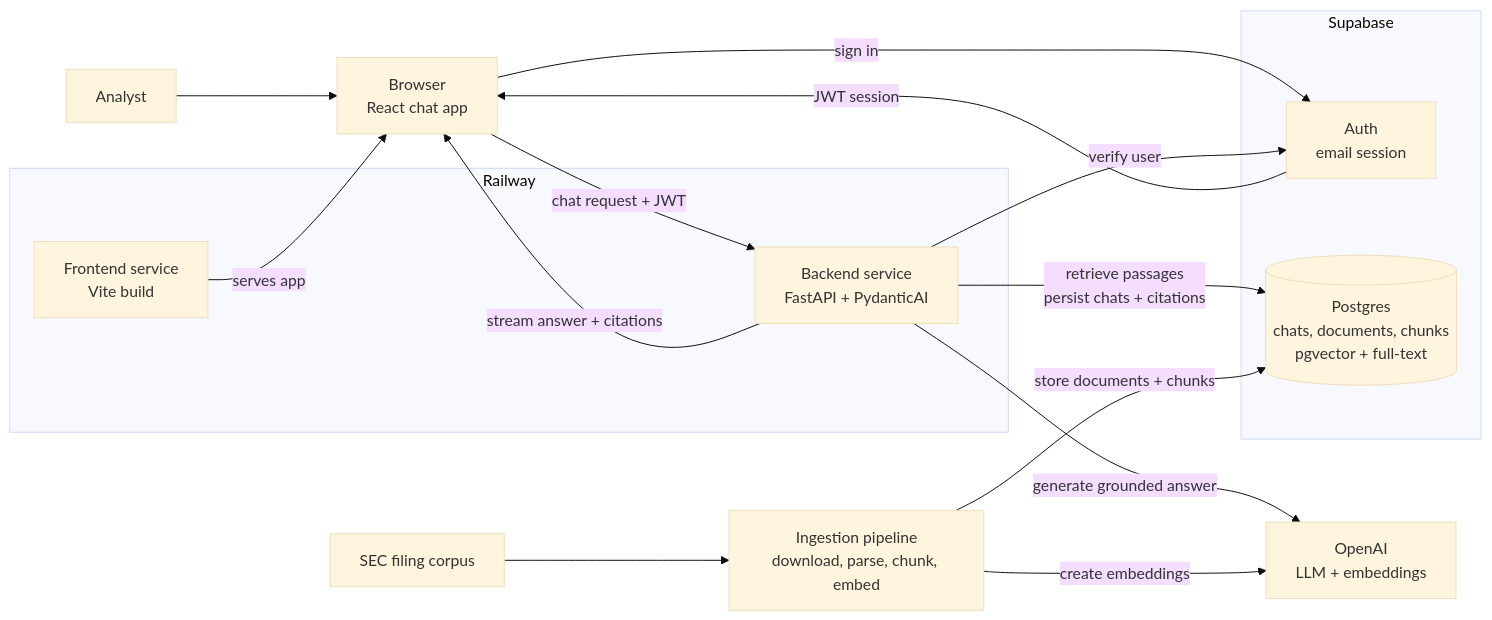
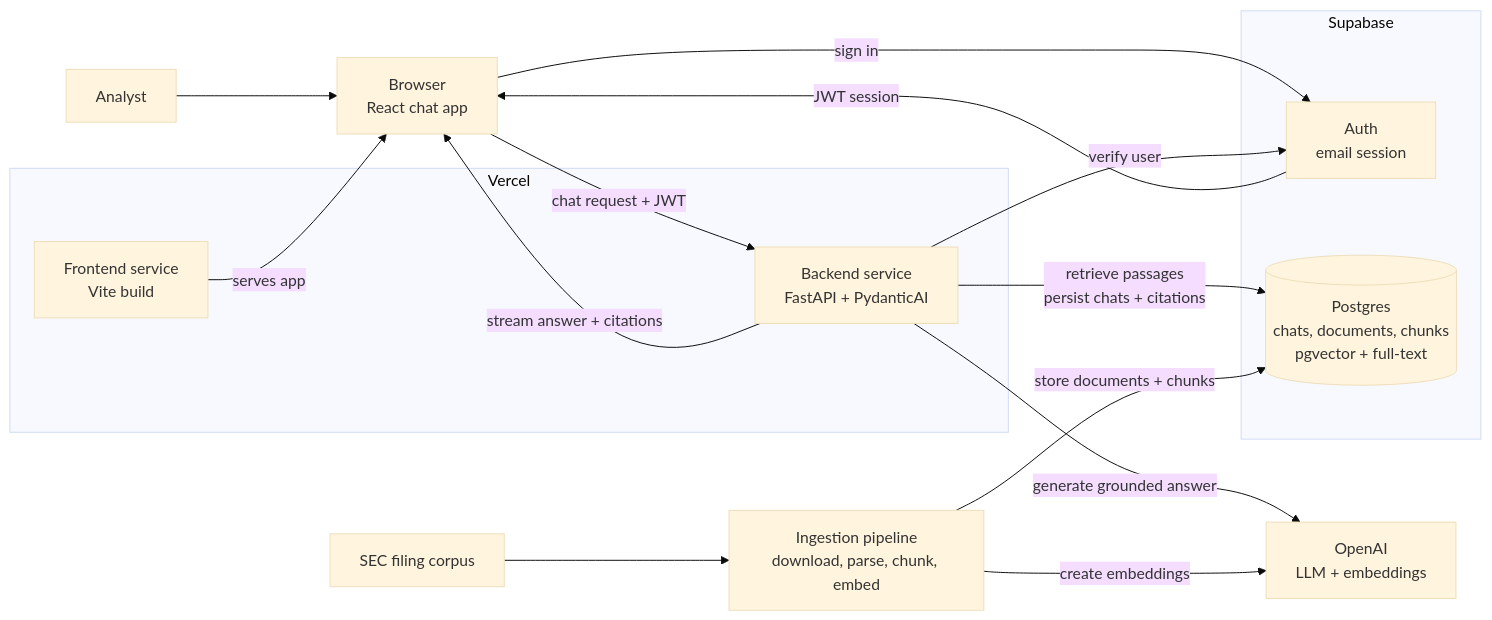
One commit to akshayratnawat/FullStack_AiEngineering changed the diagram in document-copilot/docs/architecture.md. Above: the diagram before and after it, drawn with Mermaid (base theme). The commit also changed other lines of this file and 17 other files, not shown here.

````diff
--- a/document-copilot/docs/architecture.md
+++ b/document-copilot/docs/architecture.md
@@ -13,31 +13,31 @@
 ```mermaid
 flowchart LR
     user[Analyst] --> browser[Browser<br/>React chat app]
 
-    subgraph railway[Railway]
+    subgraph vercel[Vercel]
         frontend[Frontend service<br/>Vite build]
         backend[Backend service<br/>FastAPI + PydanticAI]
     end
 
     subgraph supabase[Supabase]
         auth[Auth<br/>email session]
         db[(Postgres<br/>chats, documents, chunks<br/>pgvector + full-text)]
     end
 
     openai[OpenAI<br/>LLM + embeddings]
     corpus[SEC filing corpus]
     ingestion[Ingestion pipeline<br/>download, parse, chunk, embed]
 
     frontend -->|serves app| browser
     browser -->|sign in| auth
     auth -->|JWT session| browser
     browser -->|chat request + JWT| backend
     backend -->|verify user| auth
     backend -->|retrieve passages<br/>persist chats + citations| db
     backend -->|generate grounded answer| openai
     backend -->|stream answer + citations| browser
 
     corpus --> ingestion
     ingestion -->|create embeddings| openai
     ingestion -->|store documents + chunks| db
 ```
````
